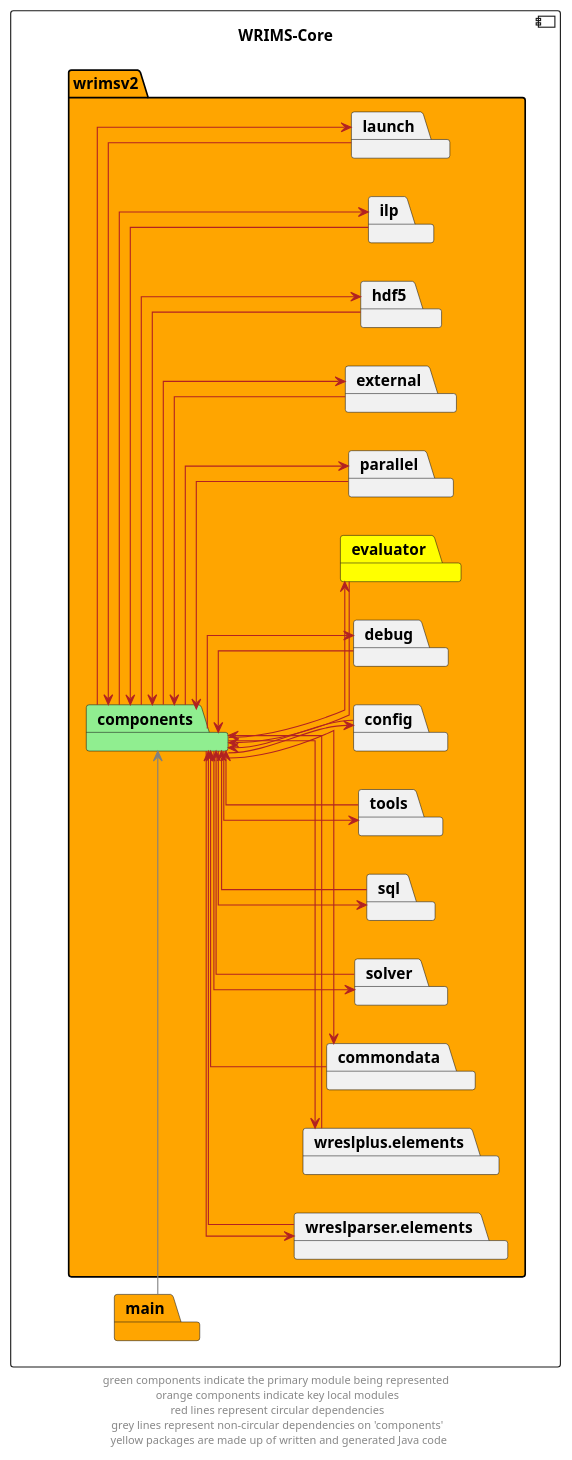
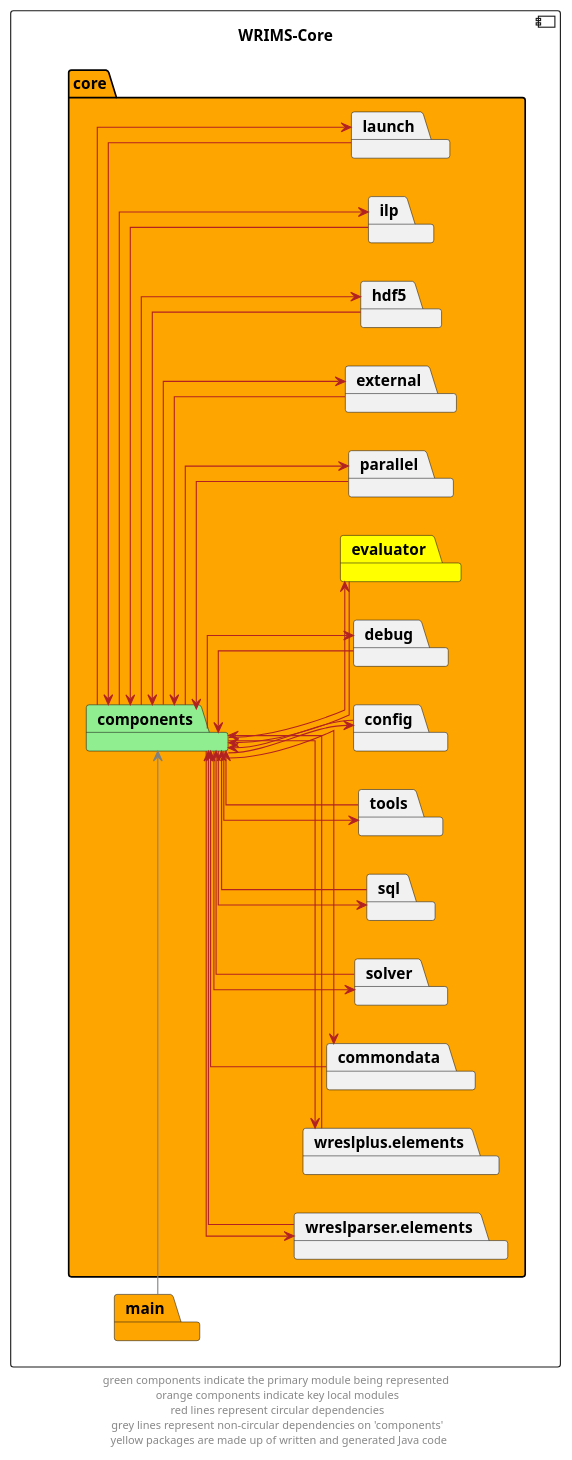
The diagram in docs/diagrams/wrims-core/wrims-core_components.puml (CentralValleyModeling/wrims-engine), drawn with PlantUML before and after one commit. The commit also changed 39 other files, not shown here.

Commit message:
Updated diagrams per rename changes.

```diff
--- a/docs/diagrams/wrims-core/wrims-core_components.puml
+++ b/docs/diagrams/wrims-core/wrims-core_components.puml
@@ -1,79 +1,79 @@
 @startuml
 left to right direction
 skinparam linetype ortho
 component wrims_core as "WRIMS-Core" {
-    package wrimsv2  #orange{
+    package core  #orange{
         package components #lightgreen
         package commondata
         package wreslparser.elements
         package wreslplus.elements
         package solver
         package sql
         package tools
         package config
         package debug
         package evaluator #yellow
         package parallel
         package external
         package hdf5
         package ilp
         package launch
     }
 package main #orange
 }
 
 components --> commondata #firebrick
 commondata --> components #firebrick
 
 components --> config #firebrick
 config --> components #firebrick
 
 components --> debug #firebrick
 debug --> components #firebrick
 
 components --> evaluator #firebrick
 evaluator --> components #firebrick
 
 components --> external #firebrick
 external --> components #firebrick
 
 components --> parallel #firebrick
 parallel --> components #firebrick
 
 components --> hdf5 #firebrick
 hdf5 --> components #firebrick
 
 components --> ilp #firebrick
 ilp --> components #firebrick
 
 components --> launch #firebrick
 launch --> components #firebrick
 
 components --> solver #firebrick
 solver --> components #firebrick
 
 components --> sql #firebrick
 sql --> components #firebrick
 
 components --> tools #firebrick
 tools --> components #firebrick
 
 components --> wreslparser.elements #firebrick
 wreslparser.elements --> components #firebrick
 
 components --> wreslplus.elements #firebrick
 wreslplus.elements --> components #firebrick
 
 
 main -right-> components #grey
 
 
 ' The following relationships are hidden and used to format the diagram. They do not represent actual dependencies.
 main -up[hidden]-> wrims_core
 'commondata -up[hidden]-> wreslparser.elements
 'wreslparser.elements -up[hidden]-> wreslplus.elements
 'commondata -left[hidden]-> components
 wreslparser.elements -left[hidden]-> components
 wreslplus.elements -left[hidden]-> components
 footer "green components indicate the primary module being represented \n orange components indicate key local modules \n red lines represent circular dependencies \n grey lines represent non-circular dependencies on 'components' \n yellow packages are made up of written and generated Java code"
 @enduml
```
